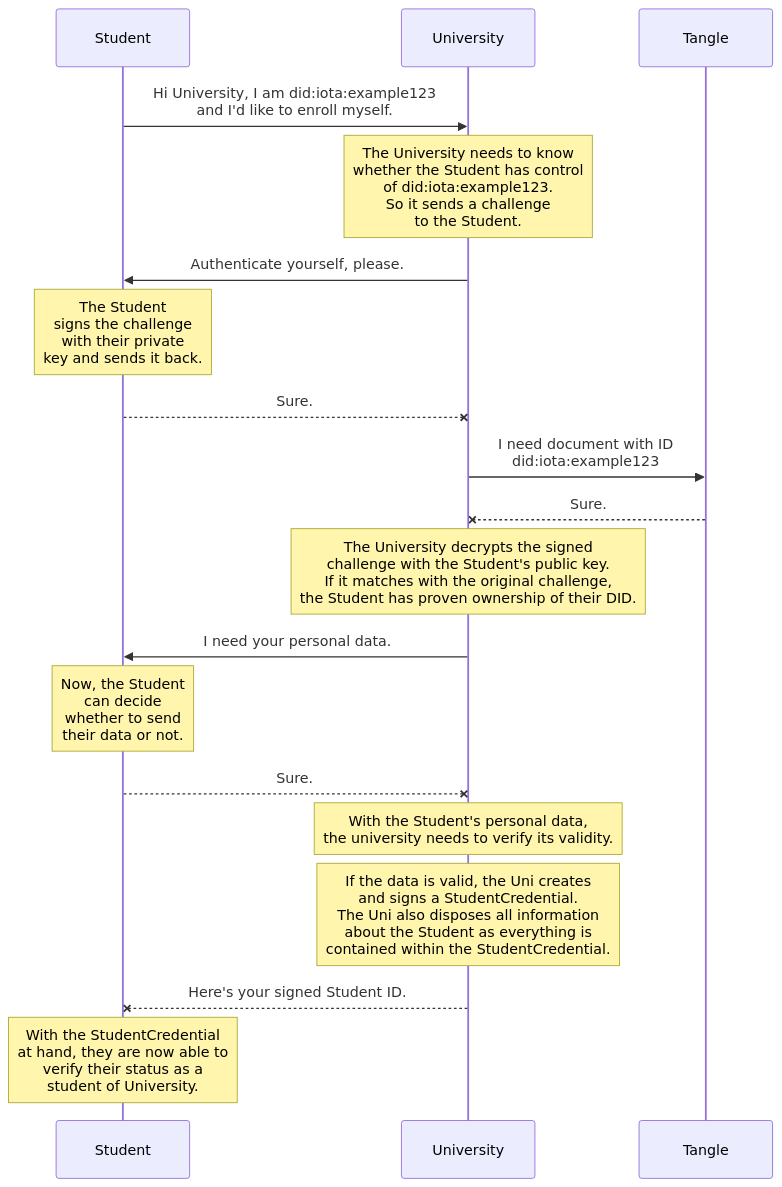
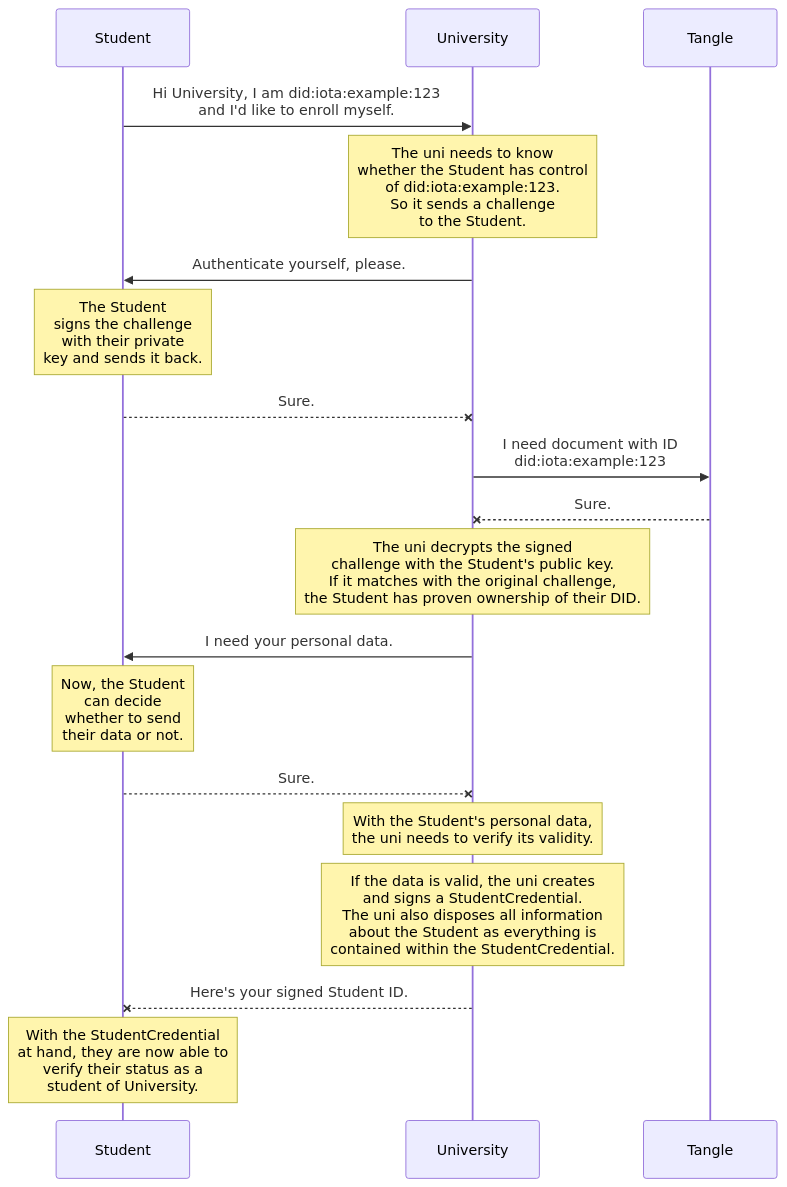
The first of 2 diagrams in README.md (kkmarv/IOTA-Digital-Student-ID), drawn with Mermaid before and after one commit. The commit also changed other lines of this file, not shown here.

Commit message:
add second diagram

````diff
--- a/README.md
+++ b/README.md
@@ -21,19 +25,19 @@
 ```mermaid
 sequenceDiagram
 
-Student ->> University: Hi University, I am did:iota:example123<br>and I'd like to enroll myself.
-Note over University: The University needs to know <br> whether the Student has control <br> of did:iota:example123. <br> So it sends a challenge <br> to the Student.
+Student ->> University: Hi University, I am did:iota:example:123<br>and I'd like to enroll myself.
+Note over University: The uni needs to know <br> whether the Student has control <br> of did:iota:example:123. <br> So it sends a challenge <br> to the Student.
 University ->> Student: Authenticate yourself, please.
 Note over Student: The Student<br>signs the challenge <br> with their private <br> key and sends it back.
 Student --x University: Sure.
-University ->> Tangle: I need document with ID <br> did:iota:example123
+University ->> Tangle: I need document with ID <br> did:iota:example:123
 Tangle --x University: Sure.
-Note over University: The University decrypts the signed <br> challenge with the Student's public key. <br> If it matches with the original challenge, <br> the Student has proven ownership of their DID.
+Note over University: The uni decrypts the signed <br> challenge with the Student's public key. <br> If it matches with the original challenge, <br> the Student has proven ownership of their DID.
 University ->> Student: I need your personal data.
 Note over Student: Now, the Student <br> can decide <br> whether to send <br> their data or not.
 Student --x University: Sure.
-Note over University: With the Student's personal data, <br> the university needs to verify its validity.
-Note over University: If the data is valid, the Uni creates <br> and signs a StudentCredential. <br> The Uni also disposes all information <br> about the Student as everything is <br> contained within the StudentCredential.
+Note over University: With the Student's personal data, <br> the uni needs to verify its validity.
+Note over University: If the data is valid, the uni creates <br> and signs a StudentCredential. <br> The uni also disposes all information <br> about the Student as everything is <br> contained within the StudentCredential.
 University --x Student: Here's your signed Student ID.
 Note over Student: With the StudentCredential <br> at hand, they are now able to <br> verify their status as a <br> student of University.
 ```
````
